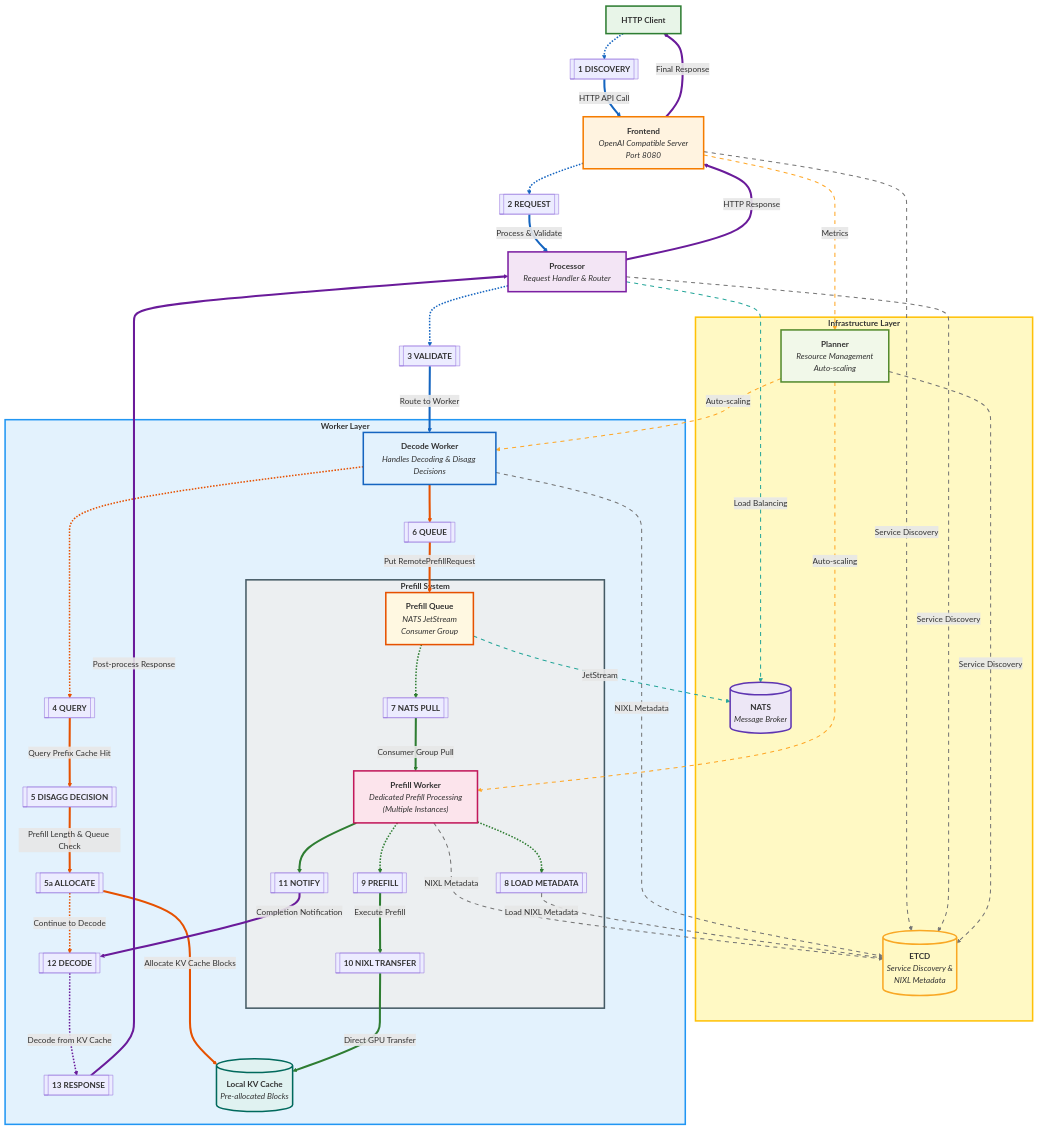
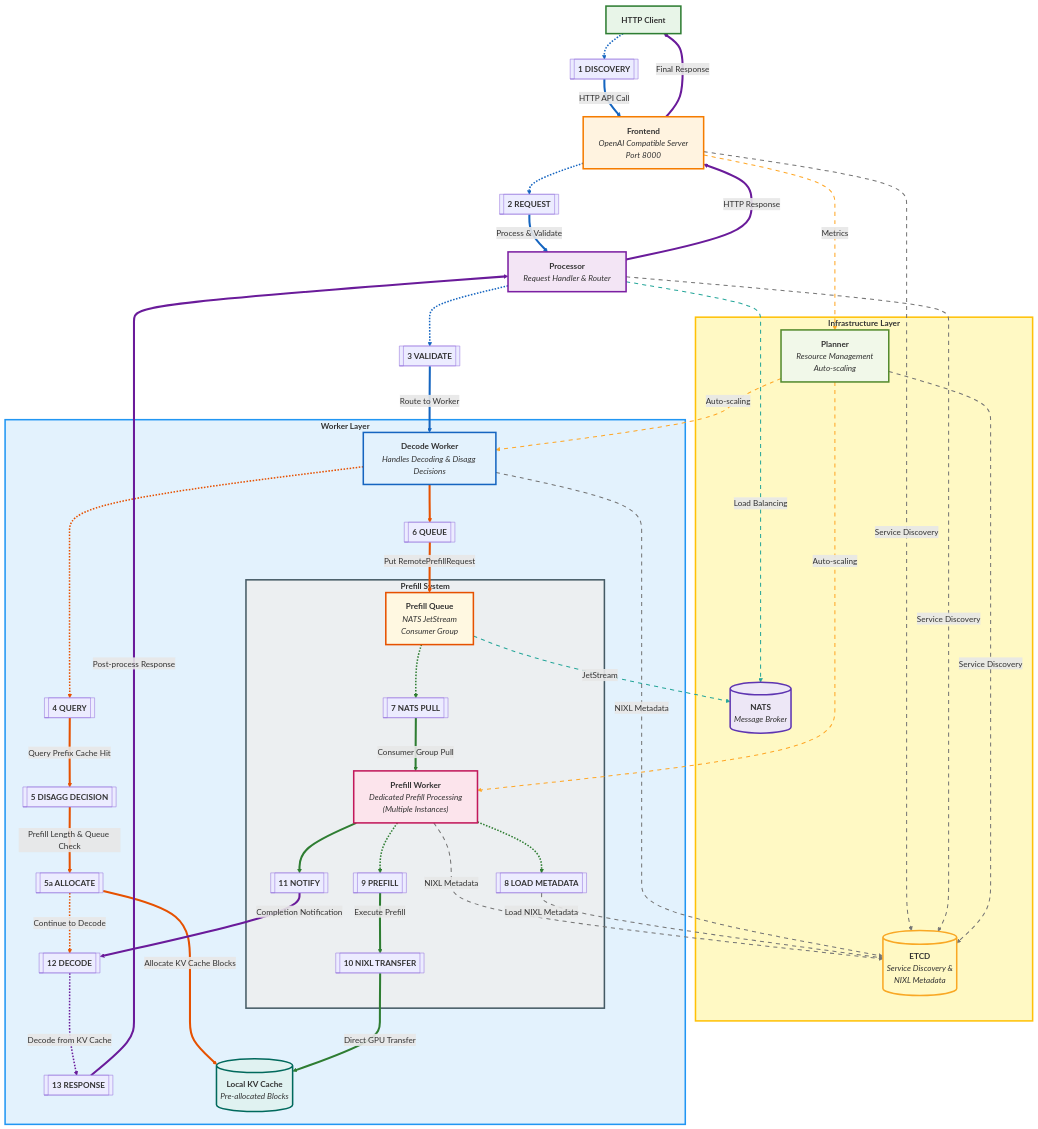
Before and after one commit to vickiegpt/dynamo: the diagram in docs/architecture/dynamo_flow.md, drawn with Mermaid. The commit also changed other lines of this file and 18 other files, not shown here.

```diff
--- a/docs/architecture/dynamo_flow.md
+++ b/docs/architecture/dynamo_flow.md
@@ -84,7 +84,7 @@
     %% Top Layer - Client & Frontend
     Client["<b>HTTP Client</b>"]
     S1[["<b>1 DISCOVERY</b>"]]
-    Frontend["<b>Frontend</b><br/><i>OpenAI Compatible Server<br/>Port 8080</i>"]
+    Frontend["<b>Frontend</b><br/><i>OpenAI Compatible Server<br/>Port 8000</i>"]
     S2[["<b>2 REQUEST</b>"]]
 
     %% Processing Layer
```
